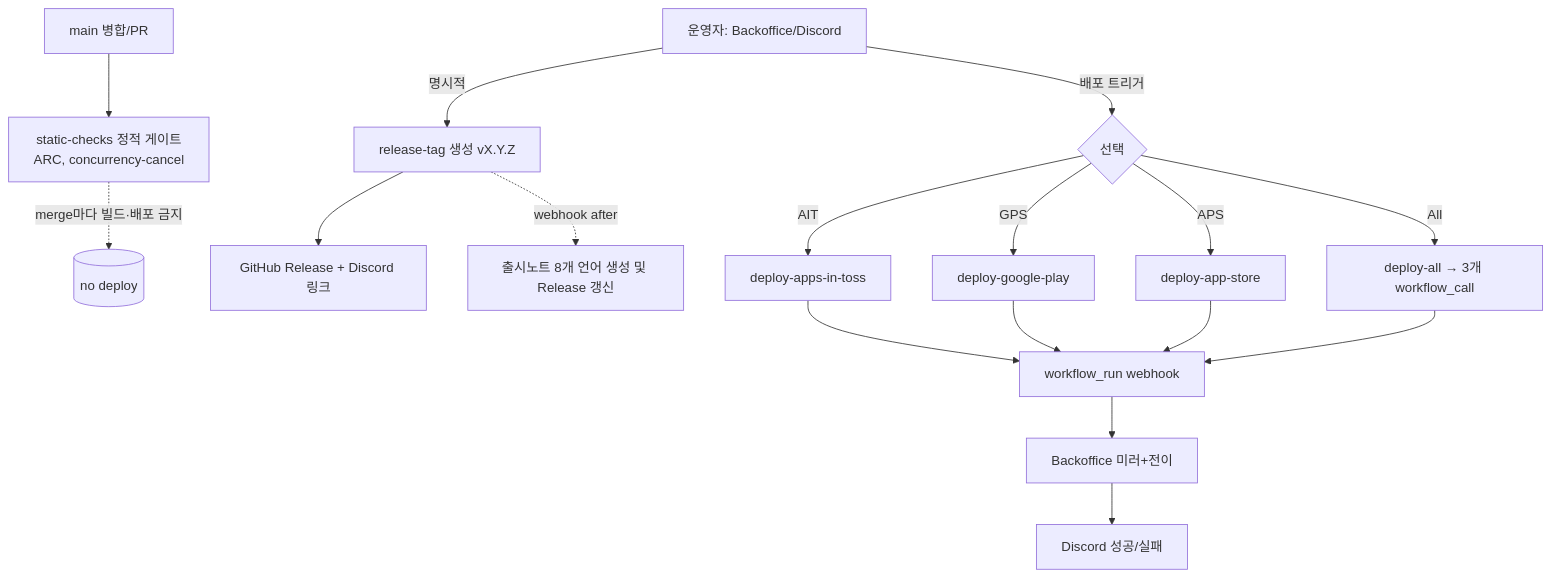
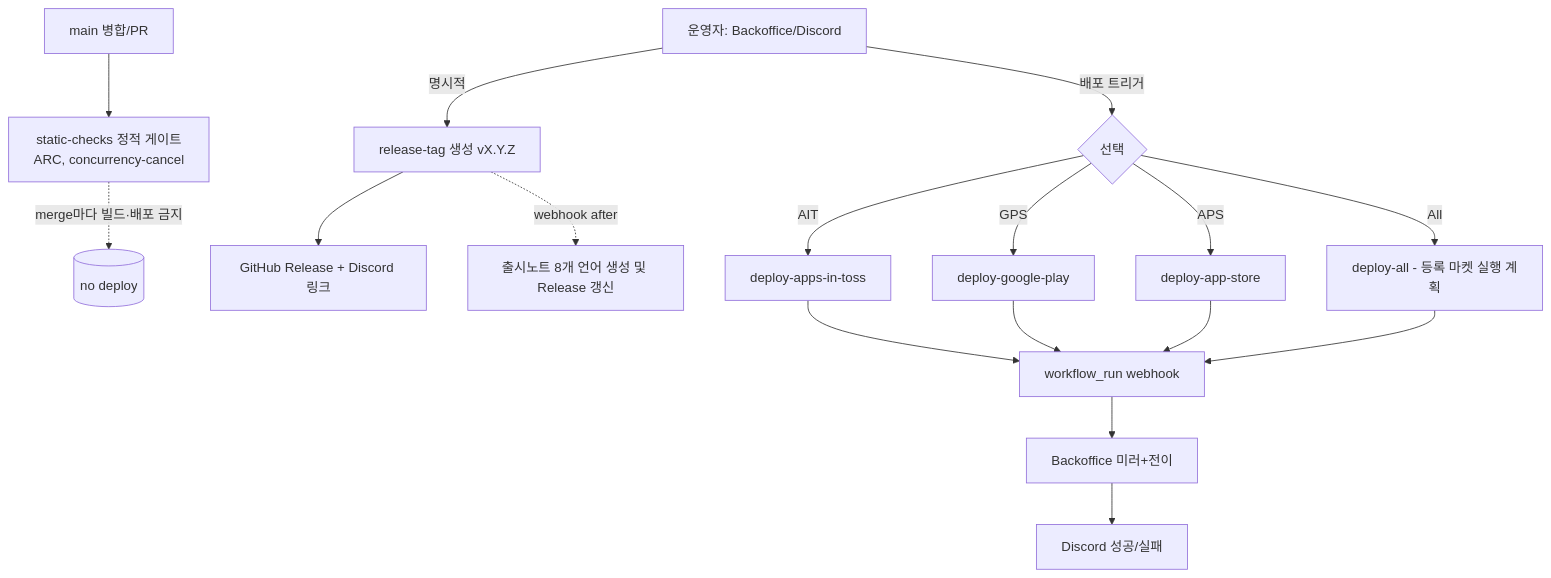
Before and after one commit to seorilabs/seorilabs-backoffice: the third of 3 diagrams in docs/ci-cd/org-cicd-release-system.md, drawn with Mermaid. The commit also changed other lines of this file and 23 other files, not shown here.

````diff
--- a/docs/ci-cd/org-cicd-release-system.md
+++ b/docs/ci-cd/org-cicd-release-system.md
@@ -276,16 +276,16 @@
 ```mermaid
 flowchart TD
   M[main 병합/PR] --> SC[static-checks 정적 게이트<br/>ARC, concurrency-cancel]
   SC -.->|merge마다 빌드·배포 금지| X[(no deploy)]
 
   R[운영자: Backoffice/Discord] -->|명시적| T[release-tag 생성 vX.Y.Z]
   T --> N[GitHub Release + Discord 링크]
   T -. webhook after .-> I18N[출시노트 8개 언어 생성 및 Release 갱신]
   R -->|배포 트리거| D{선택}
   D -->|AIT| DA[deploy-apps-in-toss]
   D -->|GPS| DG[deploy-google-play]
   D -->|APS| DP[deploy-app-store]
-  D -->|All| ALL[deploy-all → 3개 workflow_call]
+  D -->|All| ALL[deploy-all - 등록 마켓 실행 계획]
   DA & DG & DP & ALL --> W[workflow_run webhook]
   W --> BO2[Backoffice 미러+전이] --> DCN[Discord 성공/실패]
 ```
````
